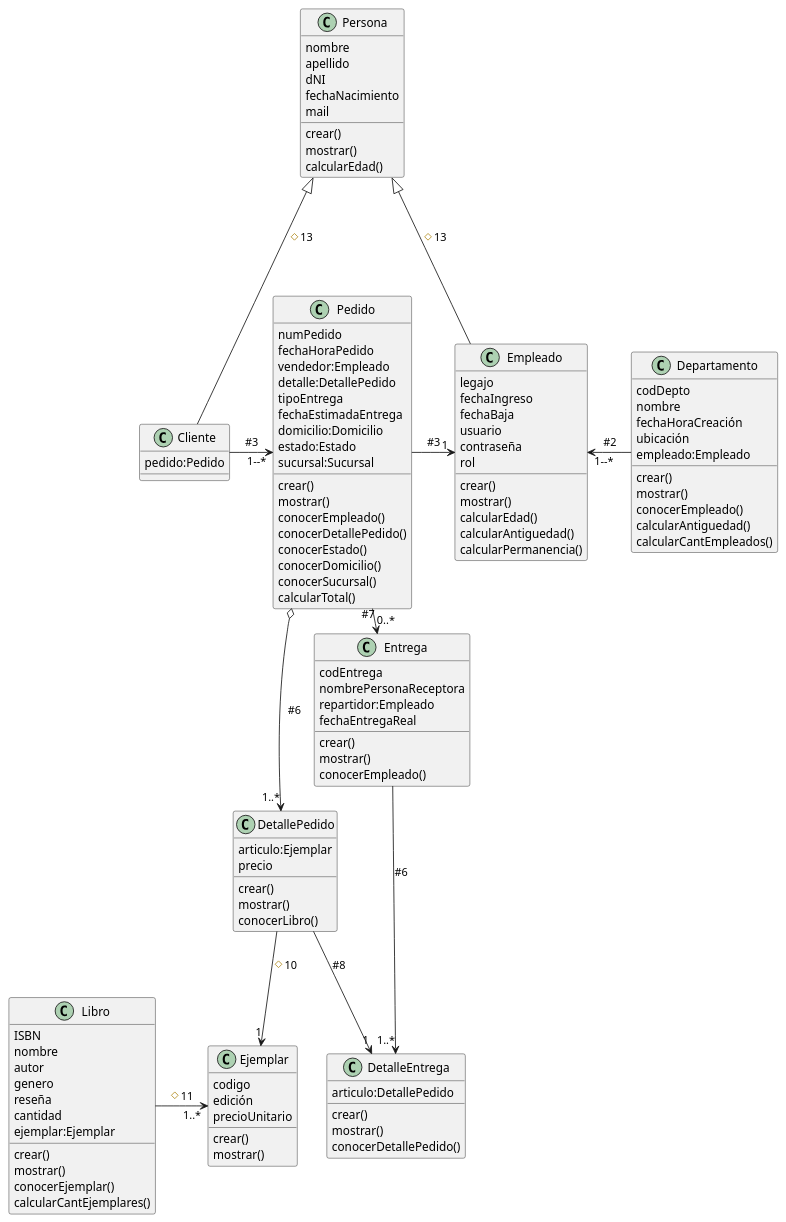
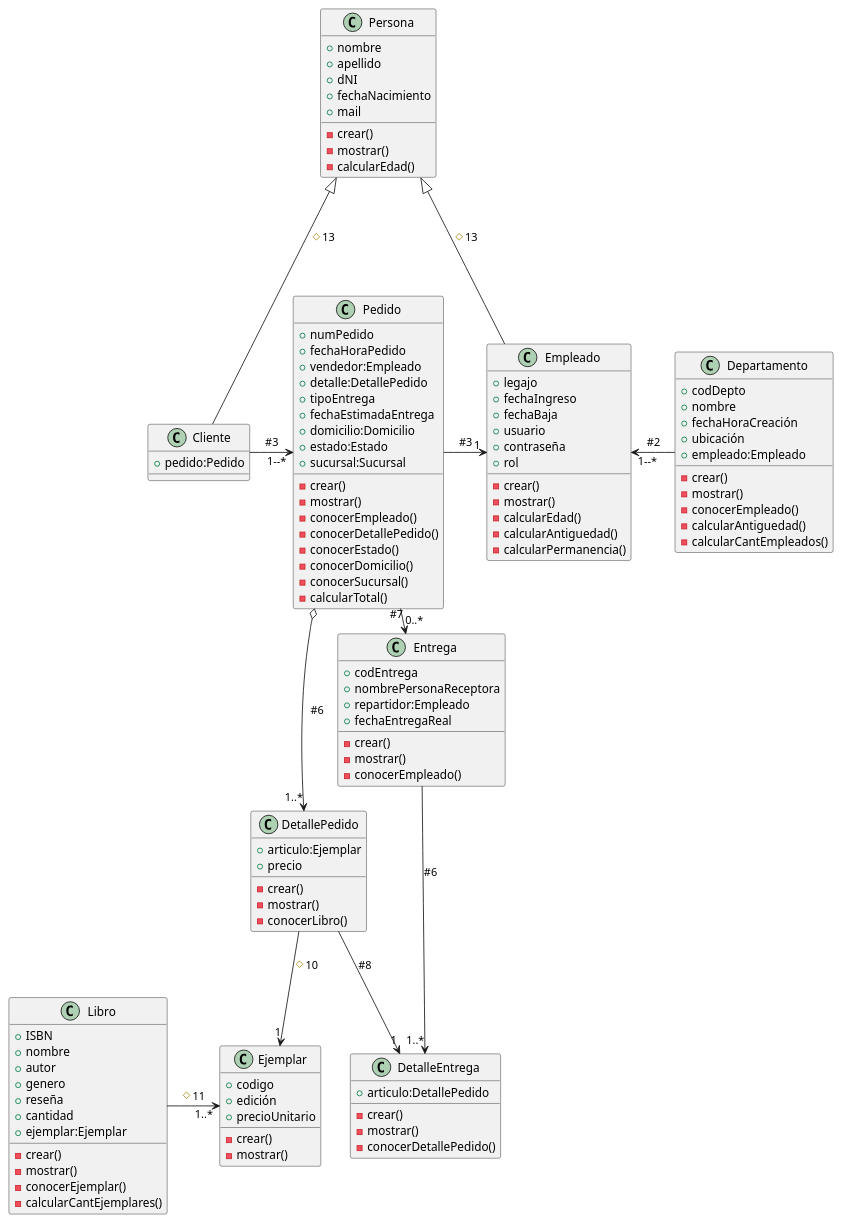
Before and after one commit to EsTesan-py/AnalisisDeSistemas: the diagram in Diagramas de clase/ClaseVirtualBBB.pu, drawn with PlantUML. The commit also changed 3 other files, not shown here.

```diff
--- a/Diagramas de clase/ClaseVirtualBBB.pu
+++ b/Diagramas de clase/ClaseVirtualBBB.pu
@@ -1,124 +1,123 @@
-@startuml
+@startuml clasevirtual
 class Departamento {
-codDepto
-nombre
-fechaHoraCreación
-ubicación
-empleado:Empleado
-crear()
-mostrar()
-conocerEmpleado()
-calcularAntiguedad()
-calcularCantEmpleados()
++codDepto
++nombre
++fechaHoraCreación
++ubicación
++empleado:Empleado
+-crear()
+-mostrar()
+-conocerEmpleado()
+-calcularAntiguedad()
+-calcularCantEmpleados()
 }
 
-
 class Persona {
-nombre
-apellido
-dNI
-fechaNacimiento
-mail
-crear()
-mostrar()
-calcularEdad()
++nombre
++apellido
++dNI
++fechaNacimiento
++mail
+-crear()
+-mostrar()
+-calcularEdad() 
 }
 
 class Empleado {
-legajo
-fechaIngreso
-fechaBaja
-usuario
-contraseña
-rol
-crear()
-mostrar()
-calcularEdad()
-calcularAntiguedad()
-calcularPermanencia()
++legajo
++fechaIngreso
++fechaBaja
++usuario
++contraseña
++rol
+-crear()
+-mostrar()
+-calcularEdad()
+-calcularAntiguedad()
+-calcularPermanencia()
 }
 
 class Pedido {
-numPedido
-fechaHoraPedido
-vendedor:Empleado
-detalle:DetallePedido
-tipoEntrega
-fechaEstimadaEntrega
-domicilio:Domicilio
-estado:Estado
-sucursal:Sucursal
-crear()
-mostrar()
-conocerEmpleado()
-conocerDetallePedido()
-conocerEstado()
-conocerDomicilio()
-conocerSucursal()
-calcularTotal()
++numPedido
++fechaHoraPedido
++vendedor:Empleado
++detalle:DetallePedido
++tipoEntrega
++fechaEstimadaEntrega
++domicilio:Domicilio
++estado:Estado
++sucursal:Sucursal
+-crear()
+-mostrar()
+-conocerEmpleado()
+-conocerDetallePedido()
+-conocerEstado()
+-conocerDomicilio()
+-conocerSucursal()
+-calcularTotal()
 }
 
 class DetallePedido {
-articulo:Ejemplar
-precio
-crear()
-mostrar()
-conocerLibro()
++articulo:Ejemplar
++precio
+-crear()
+-mostrar()
+-conocerLibro()
 }
 
 class Entrega {
-codEntrega
-nombrePersonaReceptora
-repartidor:Empleado
-fechaEntregaReal
-crear()
-mostrar()
-conocerEmpleado()
++codEntrega
++nombrePersonaReceptora
++repartidor:Empleado
++fechaEntregaReal
+-crear()
+-mostrar()
+-conocerEmpleado()
 }
 
 class DetalleEntrega {
-articulo:DetallePedido
-crear()
-mostrar()
-conocerDetallePedido()
++articulo:DetallePedido
+-crear()
+-mostrar()
+-conocerDetallePedido()
 }
 
 class Cliente {
-pedido:Pedido
++pedido:Pedido
 }
 
 class Libro {
-ISBN
-nombre
-autor
-genero
-reseña
-cantidad
-ejemplar:Ejemplar
-crear()
-mostrar()
-conocerEjemplar()
-calcularCantEjemplares()
++ISBN
++nombre
++autor
++genero
++reseña
++cantidad
++ejemplar:Ejemplar
+-crear()
+-mostrar()
+-conocerEjemplar()
+-calcularCantEjemplares()
 }
 
 class Ejemplar {
-codigo
-edición
-precioUnitario
-crear()
-mostrar()
++codigo
++edición
++precioUnitario
+-crear()
+-mostrar()
 }
 
 Empleado "1--*" <- Departamento :#2
 Cliente -> "1--*" Pedido :#3
 Pedido -> "1" Empleado :#3
 Pedido o--> "1..*" DetallePedido :#6
 DetallePedido --> "1" Ejemplar :#10
 Pedido -> "0..*" Entrega :#7
 Libro -> "1..*" Ejemplar :#11
 Entrega --> "1..*" DetalleEntrega :#6
 DetallePedido --> "1" DetalleEntrega :#8
 
 Persona <|--- Cliente :#13
 Persona <|--- Empleado :#13
 @enduml
```
